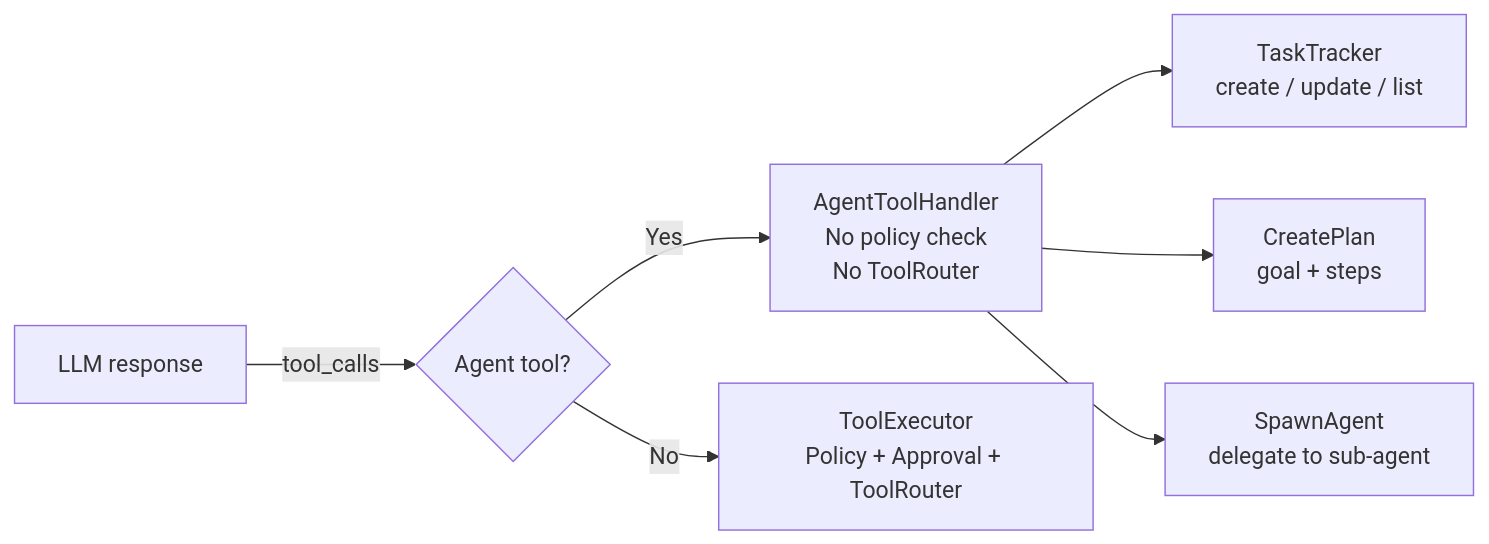
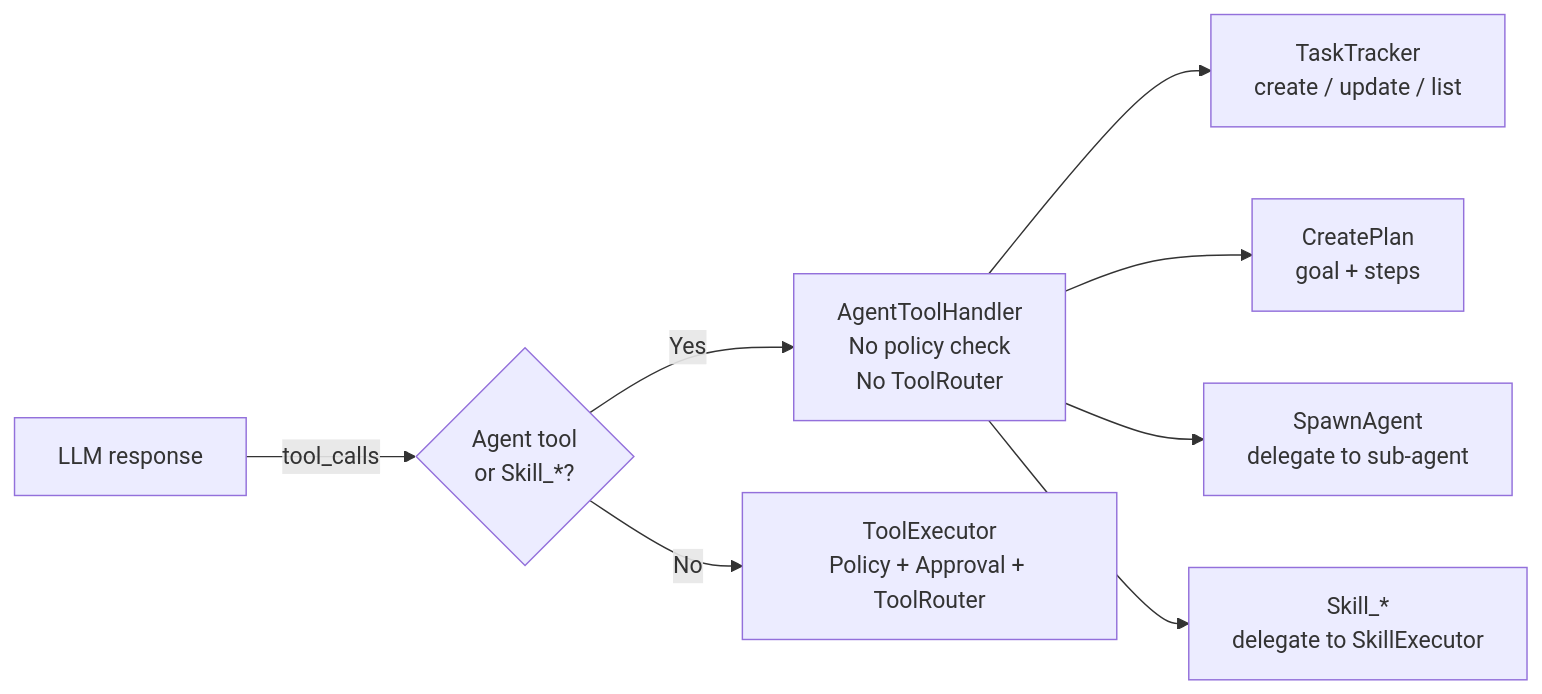
The tenth of 20 diagrams in docs/agent-loop-architecture.md (suman724/cowork-agent-runtime), drawn with Mermaid before and after one commit. The commit also changed other lines of this file and 3 other files, not shown here.

````diff
--- a/docs/agent-loop-architecture.md
+++ b/docs/agent-loop-architecture.md
@@ -535,10 +539,11 @@
 ```mermaid
 graph LR
-    LLM[LLM response] -->|tool_calls| Route{Agent tool?}
+    LLM[LLM response] -->|tool_calls| Route{Agent tool<br/>or Skill_*?}
     Route -->|Yes| ATH[AgentToolHandler<br/>No policy check<br/>No ToolRouter]
     Route -->|No| TE[ToolExecutor<br/>Policy + Approval + ToolRouter]
 
     ATH --> TT[TaskTracker<br/>create / update / list]
     ATH --> CP[CreatePlan<br/>goal + steps]
     ATH --> SA[SpawnAgent<br/>delegate to sub-agent]
+    ATH --> SK[Skill_*<br/>delegate to SkillExecutor]
 ```
````
